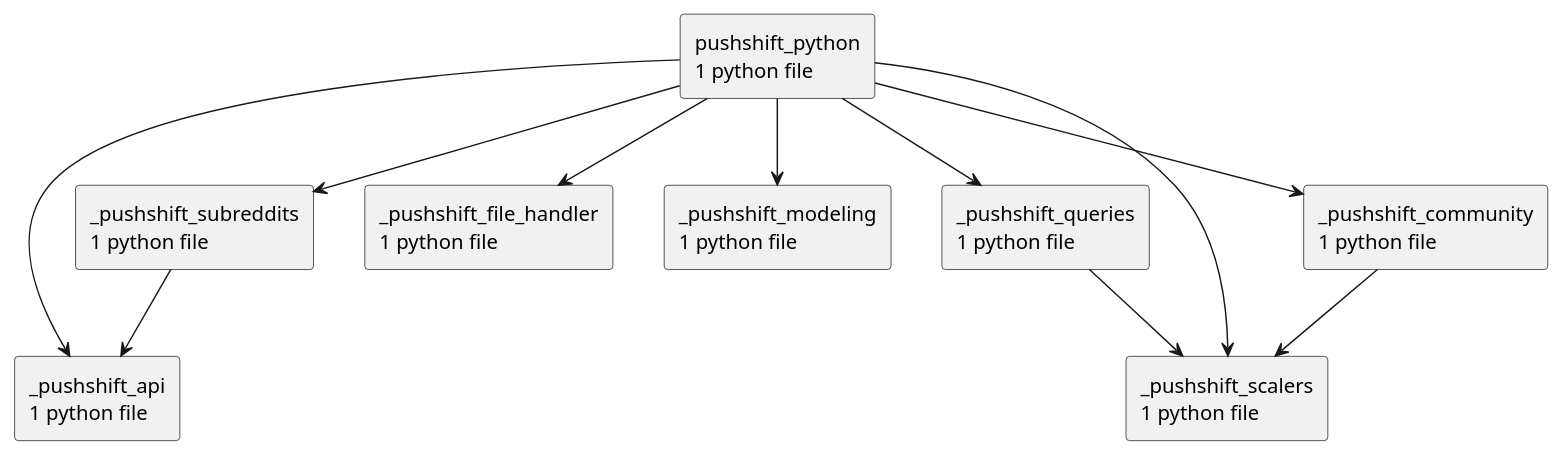
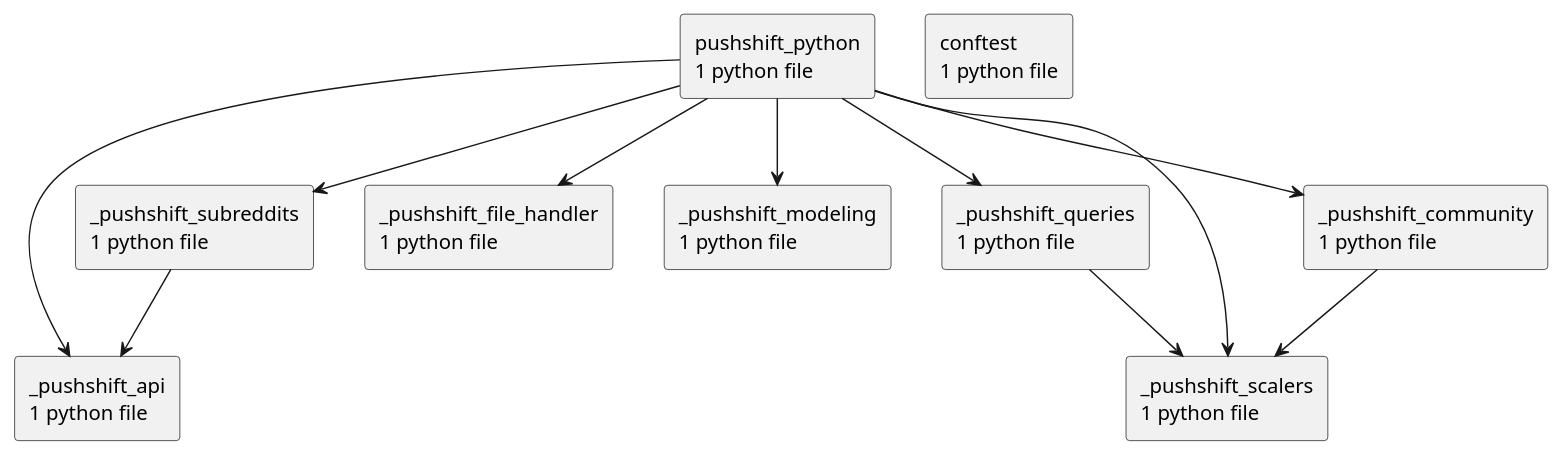
The diagram in docs/diagrams/python-packages.puml (casonk/pushshift_python), drawn with PlantUML before and after one commit. The commit also changed 16 other files, not shown here.

```diff
--- a/docs/diagrams/python-packages.puml
+++ b/docs/diagrams/python-packages.puml
@@ -1,23 +1,24 @@
 @startuml packages_pushshift_python
 set namespaceSeparator none
 top to bottom direction
 skinparam componentStyle rectangle
 rectangle "_pushshift_api\n1 python file" as _pushshift_api
 rectangle "_pushshift_community\n1 python file" as _pushshift_community
 rectangle "_pushshift_file_handler\n1 python file" as _pushshift_file_handler
 rectangle "_pushshift_modeling\n1 python file" as _pushshift_modeling
 rectangle "_pushshift_queries\n1 python file" as _pushshift_queries
 rectangle "_pushshift_scalers\n1 python file" as _pushshift_scalers
 rectangle "_pushshift_subreddits\n1 python file" as _pushshift_subreddits
+rectangle "conftest\n1 python file" as conftest
 rectangle "pushshift_python\n1 python file" as pushshift_python
 _pushshift_community --> _pushshift_scalers
 _pushshift_queries --> _pushshift_scalers
 _pushshift_subreddits --> _pushshift_api
 pushshift_python --> _pushshift_api
 pushshift_python --> _pushshift_community
 pushshift_python --> _pushshift_file_handler
 pushshift_python --> _pushshift_modeling
 pushshift_python --> _pushshift_queries
 pushshift_python --> _pushshift_scalers
 pushshift_python --> _pushshift_subreddits
 @enduml
```
